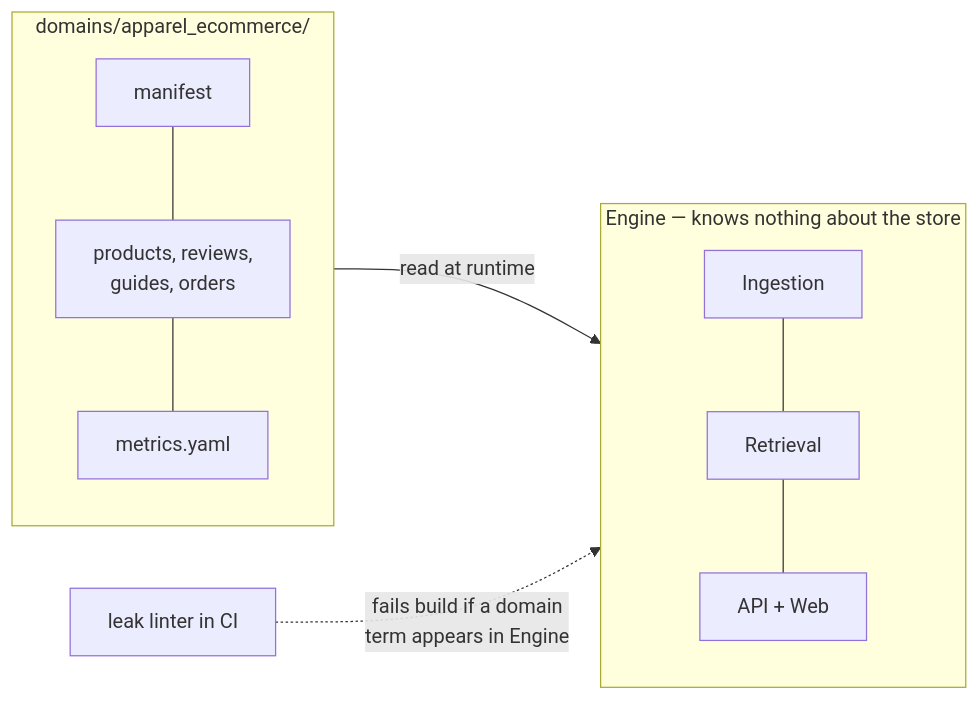
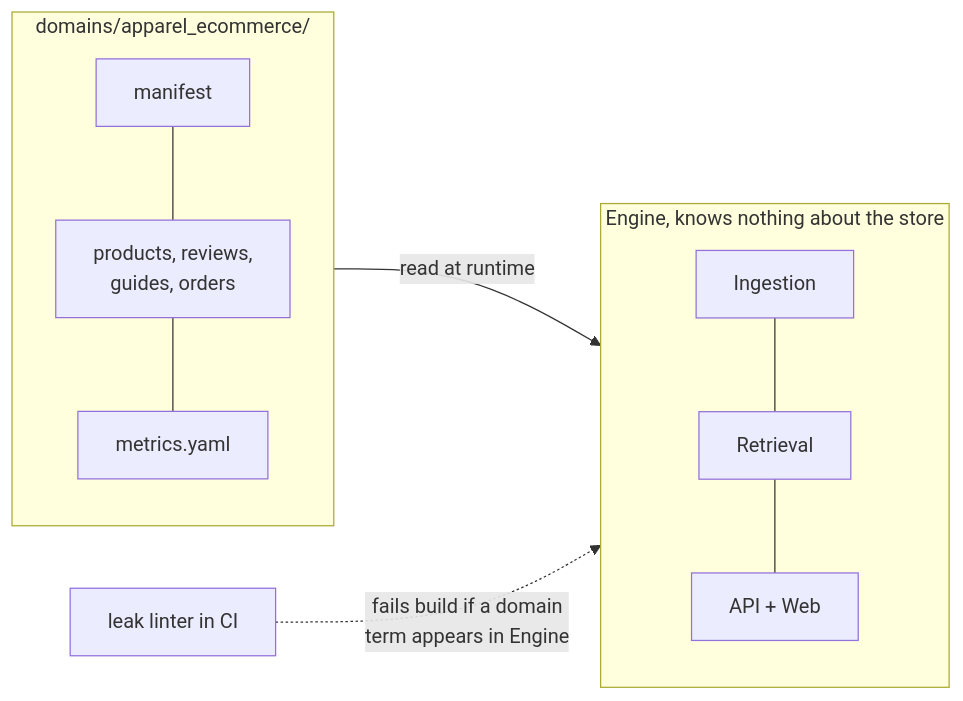
Before and after one commit to hoomanesteki/agentic-rag-knowledge-ai-platform: the second of 2 diagrams in showcase/architecture.qmd, drawn with Mermaid. The commit also changed other lines of this file and 11 other files, not shown here.

````diff
--- a/showcase/architecture.qmd
+++ b/showcase/architecture.qmd
@@ -74,11 +74,11 @@
 ```{mermaid}
 flowchart LR
-  subgraph Engine [Engine — knows nothing about the store]
+  subgraph Engine [Engine, knows nothing about the store]
     ING[Ingestion] --- RET[Retrieval] --- API[API + Web]
   end
   subgraph Pack [domains/apparel_ecommerce/]
     MAN[manifest] --- DATA[products, reviews,<br/>guides, orders] --- METR[metrics.yaml]
   end
   Pack -->|read at runtime| Engine
   LINT[leak linter in CI] -. fails build if a domain<br/>term appears in Engine .-> Engine
 ```
````
